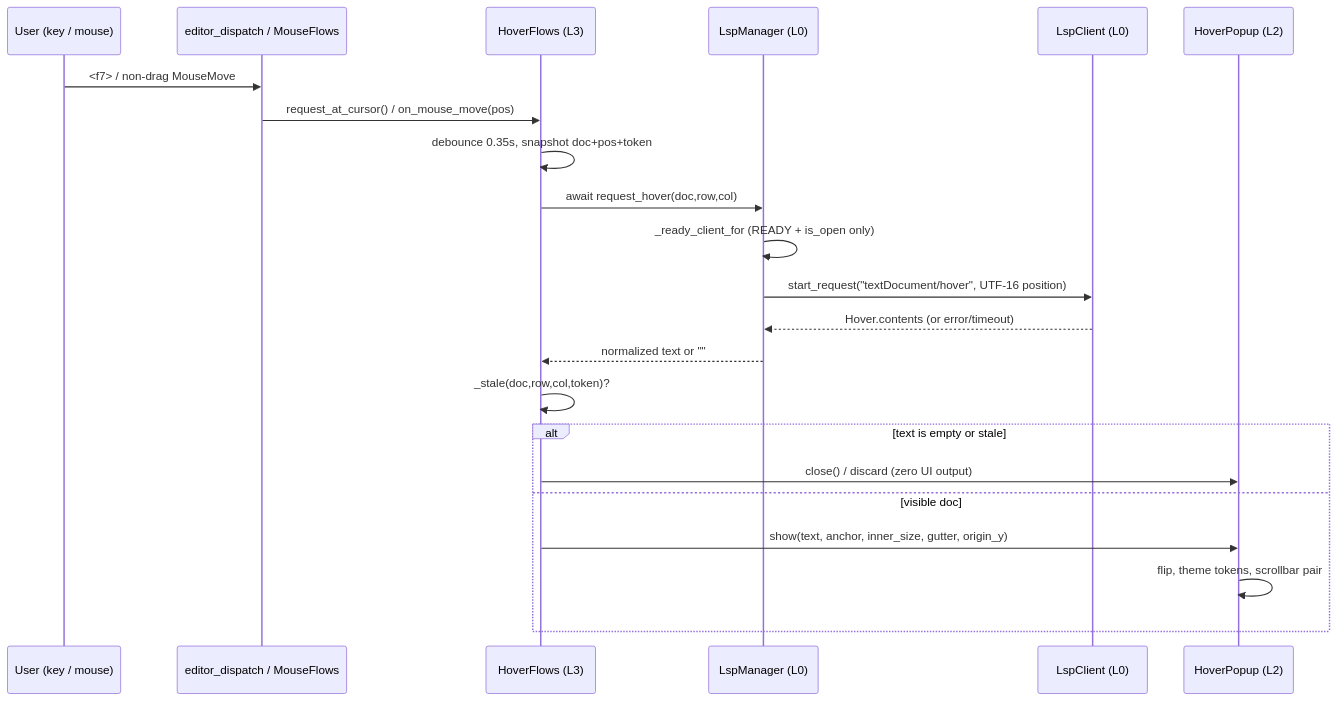
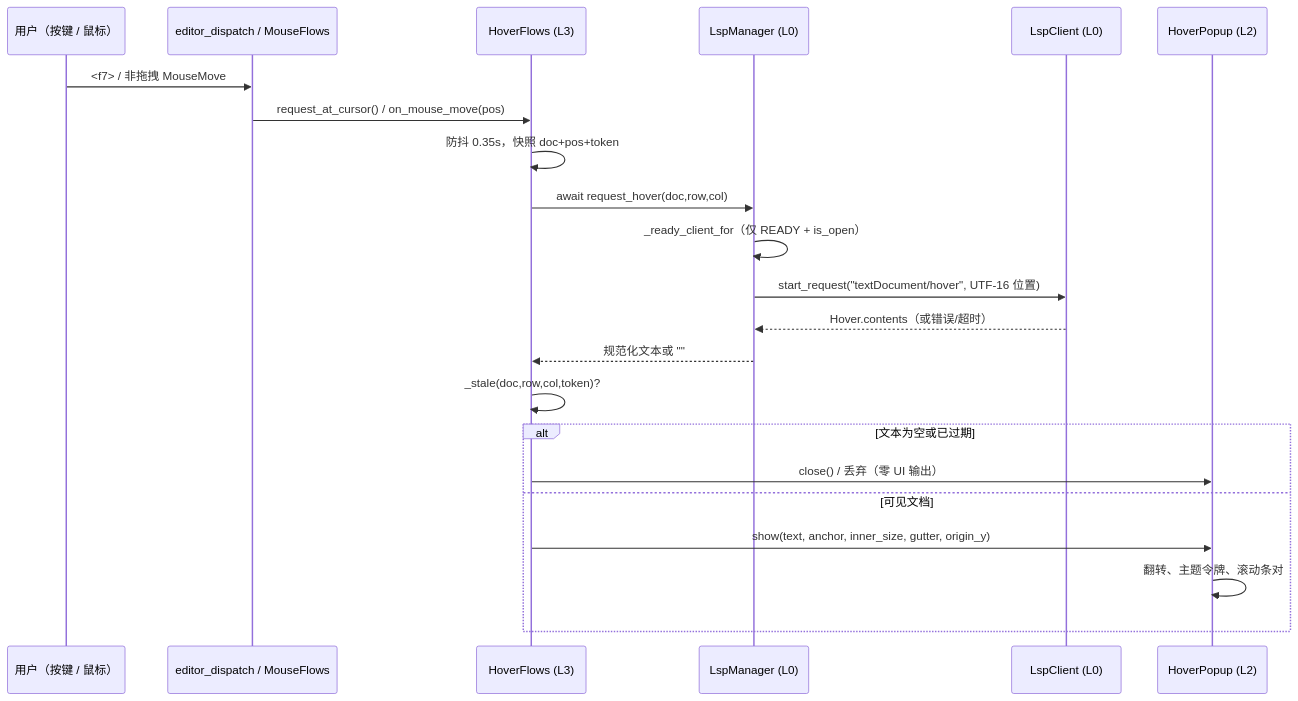
Before and after one commit to BigThxBrigde/yate: the diagram in .trae/documents/lsp-hover-docs-plan.md, drawn with Mermaid. The commit also changed other lines of this file and 79 other files, not shown here.

````diff
--- a/.trae/documents/lsp-hover-docs-plan.md
+++ b/.trae/documents/lsp-hover-docs-plan.md
@@ -209,25 +109,25 @@
 ```mermaid
 sequenceDiagram
-    participant U as User (key / mouse)
+    participant U as 用户（按键 / 鼠标）
     participant D as editor_dispatch / MouseFlows
     participant F as HoverFlows (L3)
     participant M as LspManager (L0)
     participant C as LspClient (L0)
     participant P as HoverPopup (L2)
 
-    U->>D: <f7> / non-drag MouseMove
+    U->>D: <f7> / 非拖拽 MouseMove
     D->>F: request_at_cursor() / on_mouse_move(pos)
-    F->>F: debounce 0.35s, snapshot doc+pos+token
+    F->>F: 防抖 0.35s，快照 doc+pos+token
     F->>M: await request_hover(doc,row,col)
-    M->>M: _ready_client_for (READY + is_open only)
-    M->>C: start_request("textDocument/hover", UTF-16 position)
-    C-->>M: Hover.contents (or error/timeout)
-    M-->>F: normalized text or ""
+    M->>M: _ready_client_for（仅 READY + is_open）
+    M->>C: start_request("textDocument/hover", UTF-16 位置)
+    C-->>M: Hover.contents（或错误/超时）
+    M-->>F: 规范化文本或 ""
     F->>F: _stale(doc,row,col,token)?
-    alt text is empty or stale
-        F->>P: close() / discard (zero UI output)
-    else visible doc
+    alt 文本为空或已过期
+        F->>P: close() / 丢弃（零 UI 输出）
+    else 可见文档
         F->>P: show(text, anchor, inner_size, gutter, origin_y)
-        P->>P: flip, theme tokens, scrollbar pair
+        P->>P: 翻转、主题令牌、滚动条对
     end
 ```
````
